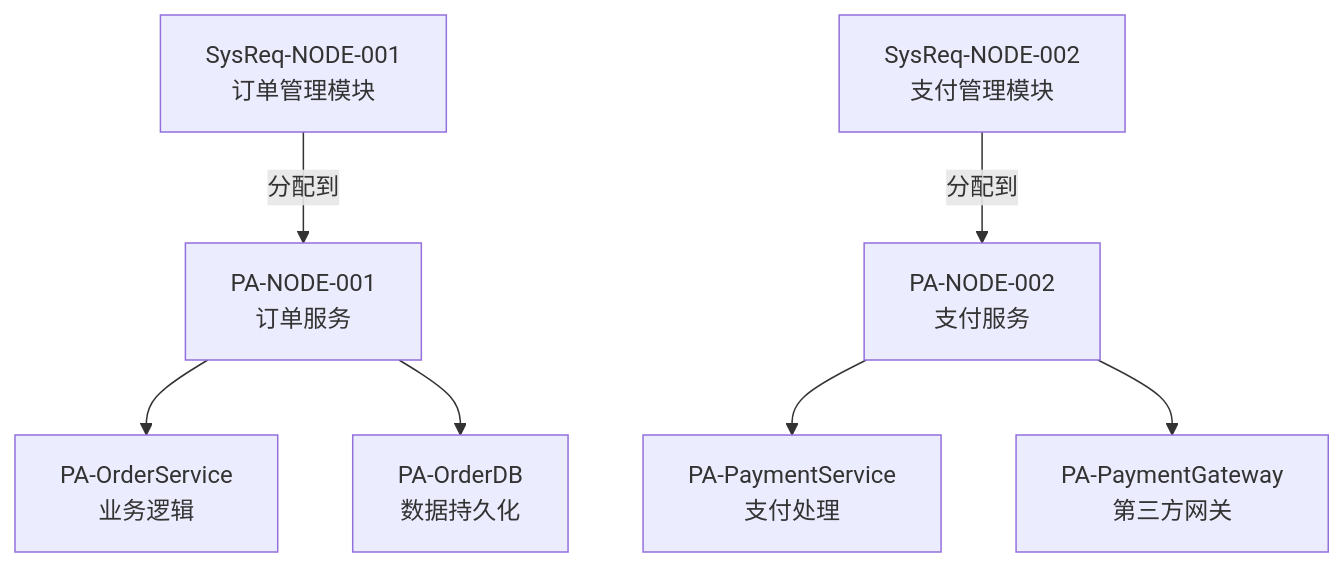
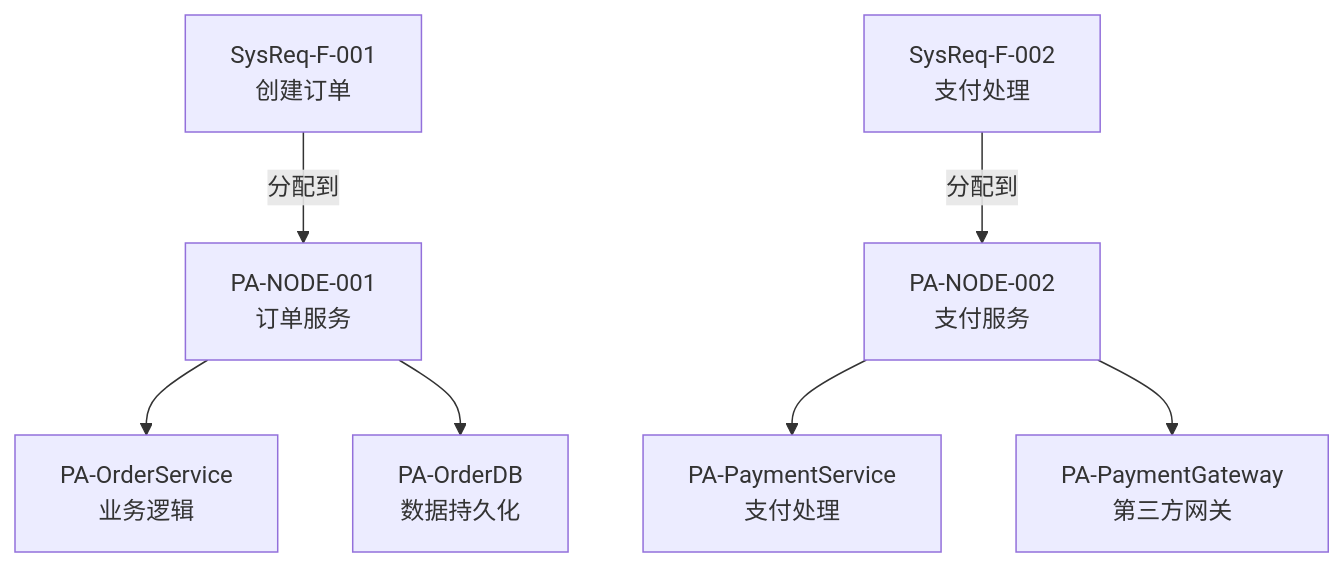
Before and after one commit to Yongjunzhou/AOS-system-design: the first of 3 diagrams in 01-standards/guidelines/guideline-4-sr-to-pa-mapping.md, drawn with Mermaid. The commit also changed other lines of this file and 3 other files, not shown here.

````diff
--- a/01-standards/guidelines/guideline-4-sr-to-pa-mapping.md
+++ b/01-standards/guidelines/guideline-4-sr-to-pa-mapping.md
@@ -270,11 +348,11 @@
 ```mermaid
 graph TD
-    A["SysReq-NODE-001<br/>订单管理模块"] -->|分配到| B["PA-NODE-001<br/>订单服务"]
-    C["SysReq-NODE-002<br/>支付管理模块"] -->|分配到| D["PA-NODE-002<br/>支付服务"]
+    A["SysReq-F-001<br/>创建订单"] -->|分配到| B["PA-NODE-001<br/>订单服务"]
+    C["SysReq-F-002<br/>支付处理"] -->|分配到| D["PA-NODE-002<br/>支付服务"]
     
     B --> E["PA-OrderService<br/>业务逻辑"]
     B --> F["PA-OrderDB<br/>数据持久化"]
     
     D --> G["PA-PaymentService<br/>支付处理"]
     D --> H["PA-PaymentGateway<br/>第三方网关"]
 ```
````
